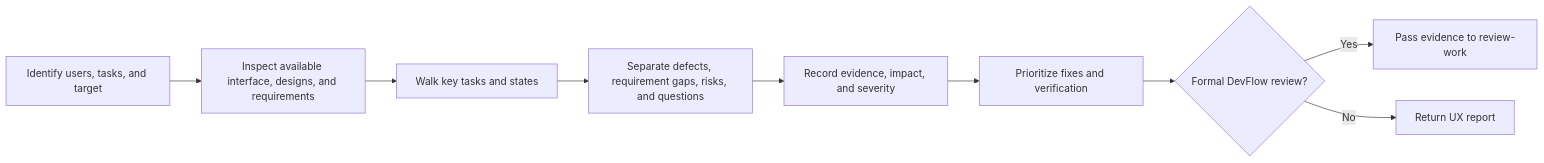
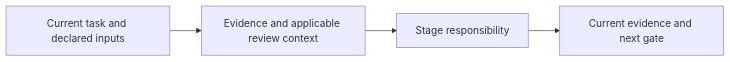
Before and after one commit to wgentil/devflow: the diagram in skills/ux-reviewer/SKILL.md, drawn with Mermaid. The commit also changed other lines of this file and 47 other files, not shown here.

````diff
--- a/skills/ux-reviewer/SKILL.md
+++ b/skills/ux-reviewer/SKILL.md
@@ -10,11 +14,6 @@
 ```mermaid
 flowchart LR
-    Scope[Identify users, tasks, and target] --> Evidence[Inspect available interface, designs, and requirements]
-    Evidence --> Journey[Walk key tasks and states]
-    Journey --> Classify[Separate defects, requirement gaps, risks, and questions]
-    Classify --> Findings[Record evidence, impact, and severity]
-    Findings --> Report[Prioritize fixes and verification]
-    Report --> Gate{Formal DevFlow review?}
-    Gate -->|Yes| Review[Pass evidence to review-work]
-    Gate -->|No| Done[Return UX report]
+    Scope[Current task and declared inputs] --> Checks[Evidence and applicable review context]
+    Checks --> Work[Stage responsibility]
+    Work --> Evidence[Current evidence and next gate]
 ```
````
